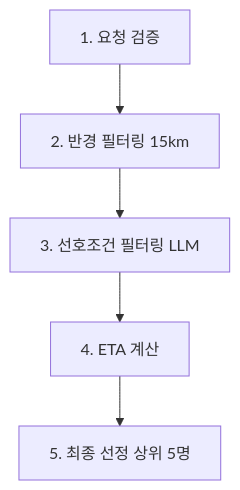
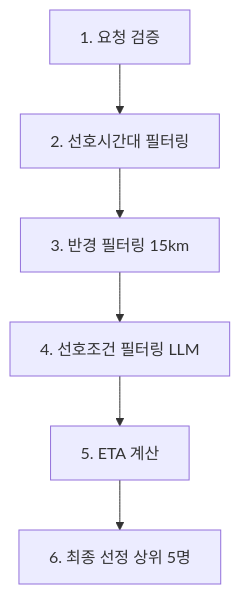
Before and after one commit to jaegagayo/homecare_matching: the diagram in docs/working_context.md, drawn with Mermaid. The commit also changed other lines of this file, not shown here.

````diff
--- a/docs/working_context.md
+++ b/docs/working_context.md
@@ -12,7 +12,8 @@
 ```mermaid
 graph TD
-    A[1. 요청 검증] --> B[2. 반경 필터링 15km]
-    B --> C[3. 선호조건 필터링 LLM]
-    C --> D[4. ETA 계산]
-    D --> E[5. 최종 선정 상위 5명]
+    A[1. 요청 검증] --> B[2. 선호시간대 필터링]
+    B --> C[3. 반경 필터링 15km]
+    C --> D[4. 선호조건 필터링 LLM]
+    D --> E[5. ETA 계산]
+    E --> F[6. 최종 선정 상위 5명]
 ```
````
